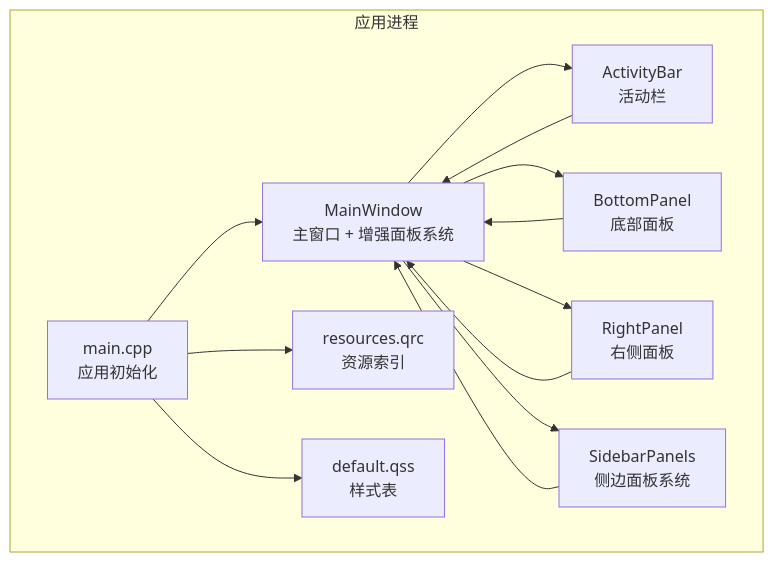
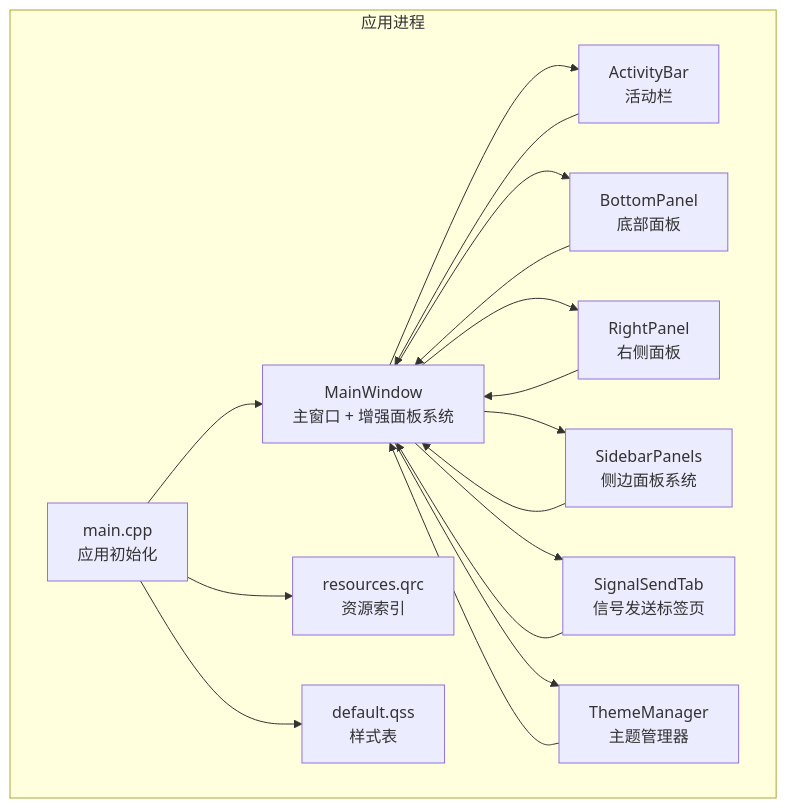
Before and after one commit to jakecai1225-design/OpenBus: the second of 4 diagrams in .qoder/repowiki/zh/content/架构设计/主窗口组件架构.md, drawn with Mermaid. The commit also changed other lines of this file and 59 other files, not shown here.

````diff
--- a/.qoder/repowiki/zh/content/架构设计/主窗口组件架构.md
+++ b/.qoder/repowiki/zh/content/架构设计/主窗口组件架构.md
@@ -109,24 +123,30 @@
 ```mermaid
 graph TB
 subgraph "应用进程"
 M["main.cpp<br/>应用初始化"]
 MW["MainWindow<br/>主窗口 + 增强面板系统"]
 AB["ActivityBar<br/>活动栏"]
 BP["BottomPanel<br/>底部面板"]
 RP["RightPanel<br/>右侧面板"]
 SP["SidebarPanels<br/>侧边面板系统"]
+ST["SignalSendTab<br/>信号发送标签页"]
+TM["ThemeManager<br/>主题管理器"]
 R["resources.qrc<br/>资源索引"]
 QSS["default.qss<br/>样式表"]
 end
 M --> MW
 M --> R
 M --> QSS
 MW --> AB
 MW --> BP
 MW --> RP
 MW --> SP
+MW --> ST
+MW --> TM
 AB --> MW
 BP --> MW
 RP --> MW
 SP --> MW
+ST --> MW
+TM --> MW
 ```
````
